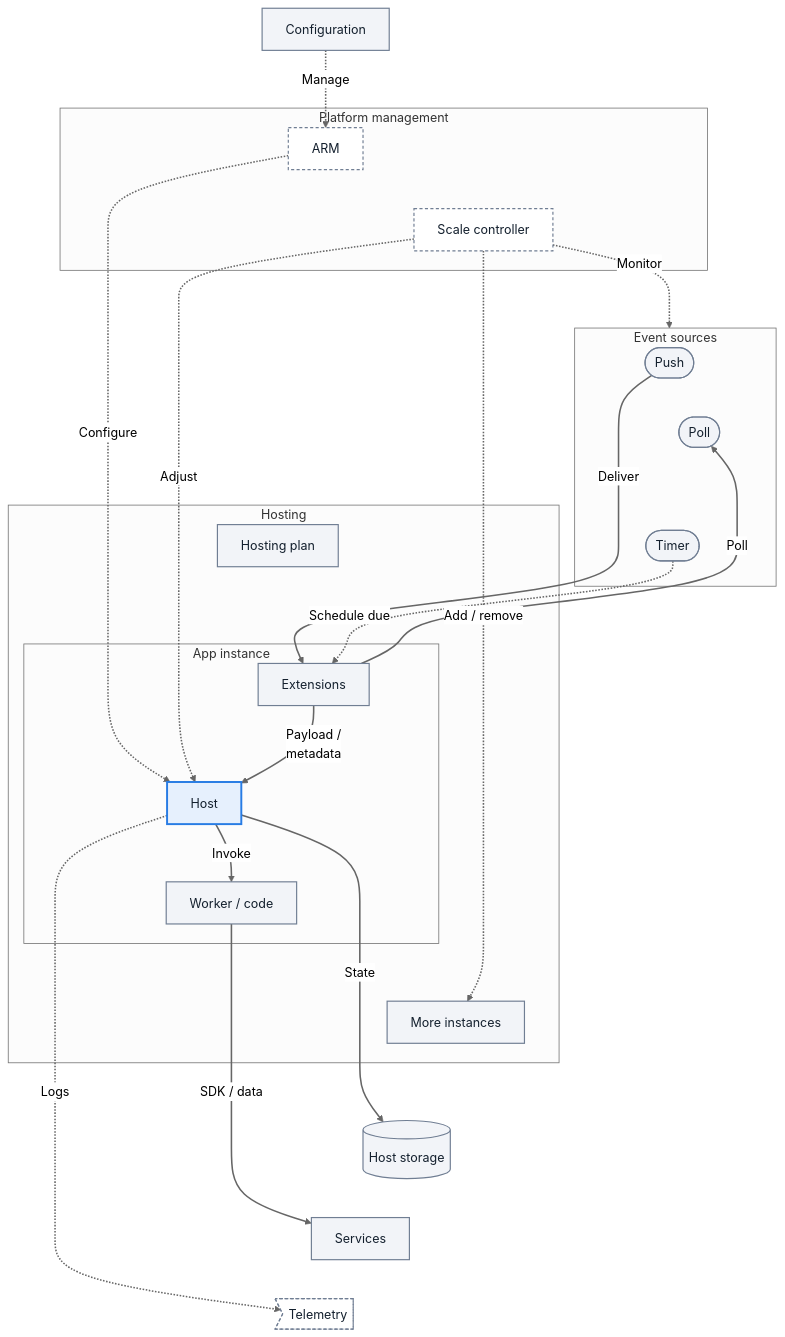
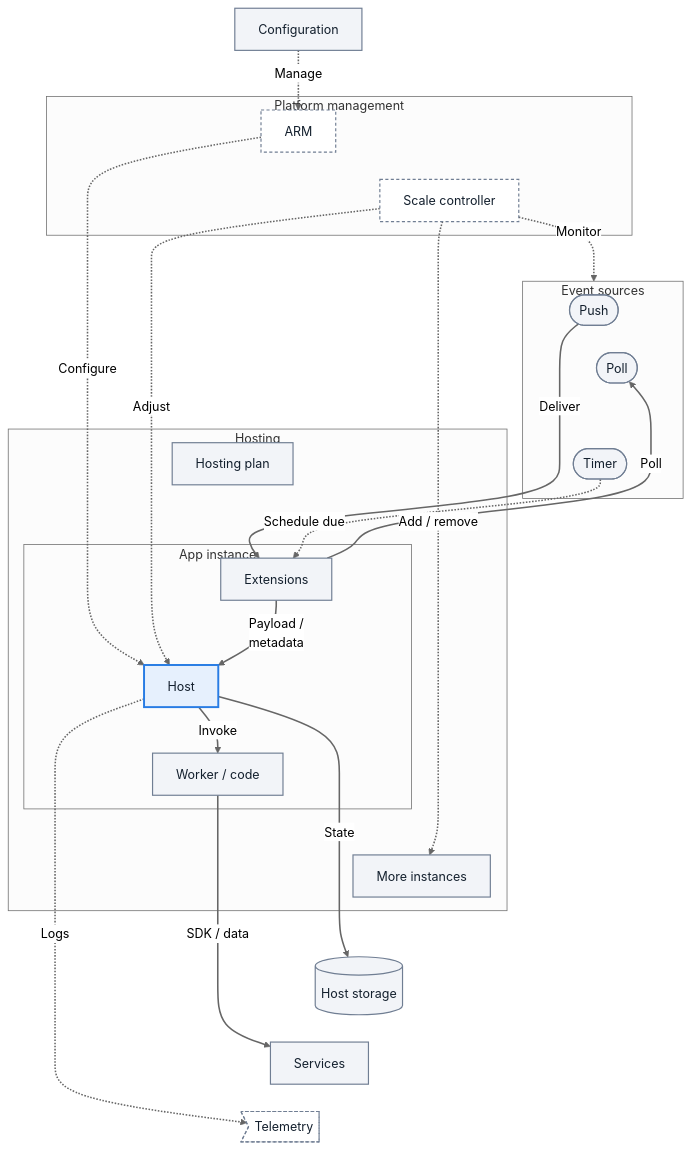
One commit to yeongseon/azure-functions-practical-guide changed the first of 8 diagrams in docs/platform/architecture/index.md. Above: the diagram before and after it, drawn with Mermaid (neutral theme). The commit also changed other lines of this file, not shown here.

First line of the commit message:
docs(diagrams): fit invocation sequence and overview within narrower layouts

````diff
--- a/docs/platform/architecture/index.md
+++ b/docs/platform/architecture/index.md
@@ -165,59 +165,60 @@
 ```mermaid
+%%{init: {'flowchart': {'nodeSpacing': 15, 'rankSpacing': 35}}}%%
 flowchart TD
     accTitle: How do events, hosting and runtime roles fit together?
     accDescr: General Functions mental model with HTTP, timers, queues, blobs and Event Grid. Hosting contains a logical app instance with host, extensions and worker plus additional scaled instances. ARM manages configuration separately from platform scaling; polling, push delivery and timer schedules are distinct.
     subgraph Management["Platform management"]
         control_plane["ARM"]
         scale_controller["Scale controller"]
         %% Layout-only: stack management roles, not an ARM-to-scaling request.
         control_plane ~~~ scale_controller
     end
     Config["Configuration"]
     subgraph Events["Event sources"]
         client(["Push"])
         poll_source(["Poll"])
         timer_source(["Timer"])
         %% Layout-only: mechanism list, not event forwarding.
         client ~~~ poll_source
         poll_source ~~~ timer_source
     end
     subgraph Plan["Hosting"]
         hosting_plan["Hosting plan"]
         subgraph Instance["App instance"]
             trigger_listener["Extensions"]
             app_runtime["Host"]
             language_worker["Worker / code"]
         end
         InstanceN["More instances"]
         %% Layout-only: plan and scale-out context stay inside Hosting.
         hosting_plan ~~~ trigger_listener
         language_worker ~~~ InstanceN
     end
     storage_db[("Host storage")]
     dependency["Services"]
     telemetry>"Telemetry"]
     Config -.->|"Manage"| control_plane
     control_plane -.->|"Configure"| app_runtime
     scale_controller -.->|"Monitor"| Events
     scale_controller -.->|"Adjust"| app_runtime
     scale_controller -.->|"Add / remove"| InstanceN
     client -->|"Deliver"| trigger_listener
     trigger_listener -->|"Poll"| poll_source
     timer_source -.->|"Schedule due"| trigger_listener
     trigger_listener -->|"Payload /<br/>metadata"| app_runtime
     app_runtime -->|"Invoke"| language_worker
     app_runtime -->|"State"| storage_db
     language_worker -->|"SDK / data"| dependency
     app_runtime -.->|"Logs"| telemetry
     %% Layout-only: external-resource tiers add no resource-to-resource calls.
     InstanceN ~~~ storage_db
     storage_db ~~~ dependency
     dependency ~~~ telemetry
     classDef baseNeutral fill:#f2f4f8,stroke:#707e93,stroke-width:1.5px,color:#14202e;
     classDef focusActive fill:#e6f0fd,stroke:#287ce4,stroke-width:2.5px,color:#14202e;
     classDef bandMuted fill:#ffffff,stroke:#707e93,stroke-width:1.5px,stroke-dasharray:4 3,color:#14202e;
     class client,poll_source,timer_source,language_worker,trigger_listener,hosting_plan,InstanceN,Config,storage_db,dependency baseNeutral;
     class app_runtime focusActive;
     class scale_controller,control_plane,telemetry bandMuted;
     linkStyle default stroke-width:2px;
 ```
````
